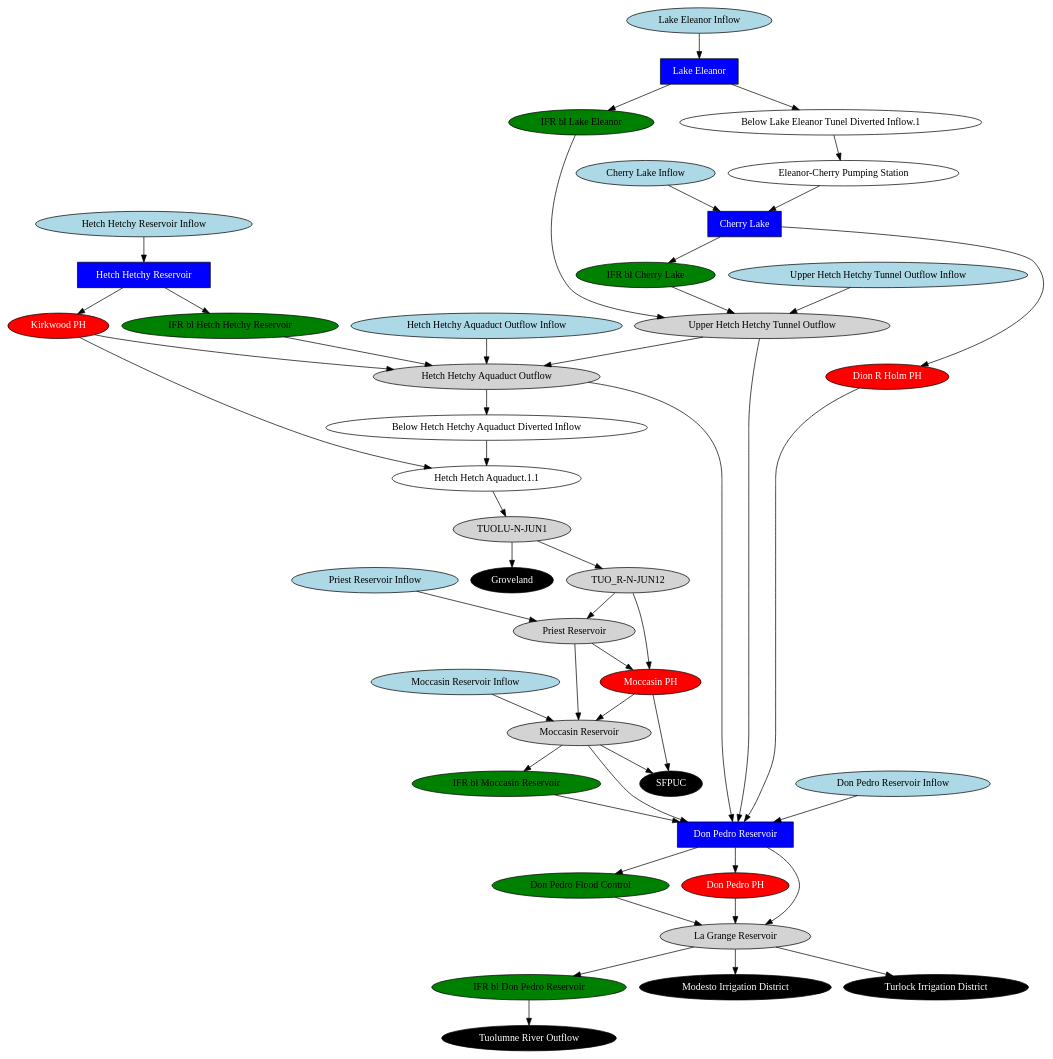
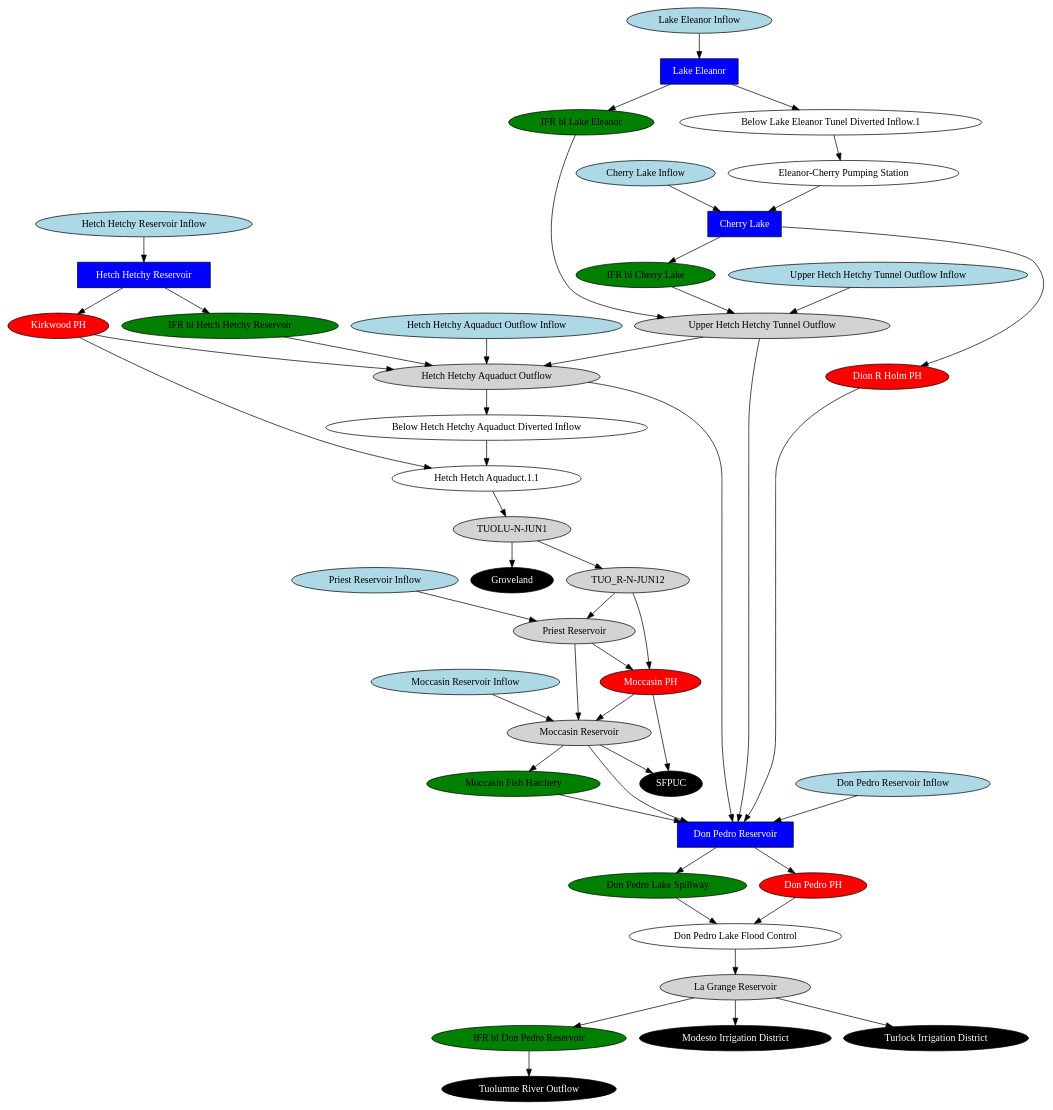
The diagram in dashapp/assets/schematics/tuolumne_schematic_simplified.gv (vicelab/cen-sierra-pywr), drawn with Graphviz before and after one commit. The commit also changed 7 other files, not shown here.

Commit message:
add preliminary Don Pedro flood control

```diff
--- a/dashapp/assets/schematics/tuolumne_schematic_simplified.gv
+++ b/dashapp/assets/schematics/tuolumne_schematic_simplified.gv
@@ -1,90 +1,91 @@
 // tuolumne
 digraph tuolumne {
 	"Don Pedro Reservoir Inflow" [fillcolor=lightblue fontcolor=black shape=oval style=filled]
 	"Upper Hetch Hetchy Tunnel Outflow Inflow" [fillcolor=lightblue fontcolor=black shape=oval style=filled]
 	"Cherry Lake Inflow" [fillcolor=lightblue fontcolor=black shape=oval style=filled]
 	"Lake Eleanor Inflow" [fillcolor=lightblue fontcolor=black shape=oval style=filled]
 	"Hetch Hetchy Reservoir Inflow" [fillcolor=lightblue fontcolor=black shape=oval style=filled]
 	"Moccasin Reservoir Inflow" [fillcolor=lightblue fontcolor=black shape=oval style=filled]
 	"Priest Reservoir Inflow" [fillcolor=lightblue fontcolor=black shape=oval style=filled]
 	"Hetch Hetchy Aquaduct Outflow Inflow" [fillcolor=lightblue fontcolor=black shape=oval style=filled]
 	"Below Hetch Hetchy Aquaduct Diverted Inflow" [fillcolor=white fontcolor=black shape=oval style=filled]
 	"Below Lake Eleanor Tunel Diverted Inflow.1" [fillcolor=white fontcolor=black shape=oval style=filled]
+	"Don Pedro Lake Flood Control" [fillcolor=white fontcolor=black shape=oval style=filled]
 	"Hetch Hetch Aquaduct.1.1" [fillcolor=white fontcolor=black shape=oval style=filled]
 	"Cherry Lake" [fillcolor=blue fontcolor=white shape=rect style=filled]
 	"Dion R Holm PH" [fillcolor=red fontcolor=white shape=oval style=filled]
-	"Don Pedro Flood Control" [fillcolor=green fontcolor=black shape=oval style=filled]
+	"Don Pedro Lake Spillway" [fillcolor=green fontcolor=black shape=oval style=filled]
 	"Don Pedro PH" [fillcolor=red fontcolor=white shape=oval style=filled]
 	"Don Pedro Reservoir" [fillcolor=blue fontcolor=white shape=rect style=filled]
 	"Eleanor-Cherry Pumping Station" [fillcolor=white fontcolor=black shape=oval style=filled]
 	Groveland [fillcolor=black fontcolor=white shape=oval style=filled]
 	"Hetch Hetchy Aquaduct Outflow" [fillcolor=lightgrey fontcolor=black shape=oval style=filled]
 	"Hetch Hetchy Reservoir" [fillcolor=blue fontcolor=white shape=rect style=filled]
 	"IFR bl Cherry Lake" [fillcolor=green fontcolor=black shape=oval style=filled]
 	"IFR bl Don Pedro Reservoir" [fillcolor=green fontcolor=black shape=oval style=filled]
 	"IFR bl Hetch Hetchy Reservoir" [fillcolor=green fontcolor=black shape=oval style=filled]
 	"IFR bl Lake Eleanor" [fillcolor=green fontcolor=black shape=oval style=filled]
-	"IFR bl Moccasin Reservoir" [fillcolor=green fontcolor=black shape=oval style=filled]
+	"Moccasin Fish Hatchery" [fillcolor=green fontcolor=black shape=oval style=filled]
 	"Kirkwood PH" [fillcolor=red fontcolor=white shape=oval style=filled]
 	"La Grange Reservoir" [fillcolor=lightgrey fontcolor=black shape=oval style=filled]
 	"Lake Eleanor" [fillcolor=blue fontcolor=white shape=rect style=filled]
 	"Moccasin PH" [fillcolor=red fontcolor=white shape=oval style=filled]
 	"Moccasin Reservoir" [fillcolor=lightgrey fontcolor=black shape=oval style=filled]
 	"Modesto Irrigation District" [fillcolor=black fontcolor=white shape=oval style=filled]
 	"Priest Reservoir" [fillcolor=lightgrey fontcolor=black shape=oval style=filled]
 	SFPUC [fillcolor=black fontcolor=white shape=oval style=filled]
 	"TUOLU-N-JUN1" [fillcolor=lightgrey fontcolor=black shape=oval style=filled]
 	"Tuolumne River Outflow" [fillcolor=black fontcolor=white shape=oval style=filled]
 	"TUO_R-N-JUN12" [fillcolor=lightgrey fontcolor=black shape=oval style=filled]
 	"Turlock Irrigation District" [fillcolor=black fontcolor=white shape=oval style=filled]
 	"Upper Hetch Hetchy Tunnel Outflow" [fillcolor=lightgrey fontcolor=black shape=oval style=filled]
 	"Hetch Hetchy Aquaduct Outflow" -> "Below Hetch Hetchy Aquaduct Diverted Inflow"
 	"Lake Eleanor" -> "Below Lake Eleanor Tunel Diverted Inflow.1"
 	"Below Lake Eleanor Tunel Diverted Inflow.1" -> "Eleanor-Cherry Pumping Station"
 	"Hetch Hetch Aquaduct.1.1" -> "TUOLU-N-JUN1"
 	"Cherry Lake" -> "IFR bl Cherry Lake"
 	"Cherry Lake" -> "Dion R Holm PH"
 	"Hetch Hetchy Reservoir" -> "IFR bl Hetch Hetchy Reservoir"
 	"Lake Eleanor" -> "IFR bl Lake Eleanor"
 	"Eleanor-Cherry Pumping Station" -> "Cherry Lake"
 	"Hetch Hetchy Reservoir" -> "Kirkwood PH"
 	"TUOLU-N-JUN1" -> Groveland
 	"TUOLU-N-JUN1" -> "TUO_R-N-JUN12"
 	"TUO_R-N-JUN12" -> "Priest Reservoir"
 	"Kirkwood PH" -> "Hetch Hetchy Aquaduct Outflow"
-	"Moccasin Reservoir" -> "IFR bl Moccasin Reservoir"
+	"Moccasin Reservoir" -> "Moccasin Fish Hatchery"
 	"La Grange Reservoir" -> "IFR bl Don Pedro Reservoir"
-	"Don Pedro Reservoir" -> "Don Pedro Flood Control"
+	"Don Pedro Reservoir" -> "Don Pedro Lake Spillway"
 	"Don Pedro Reservoir" -> "Don Pedro PH"
+	"Don Pedro Lake Flood Control" -> "La Grange Reservoir"
 	"Moccasin PH" -> "Moccasin Reservoir"
-	"Don Pedro Flood Control" -> "La Grange Reservoir"
-	"Don Pedro PH" -> "La Grange Reservoir"
-	"Don Pedro Reservoir" -> "La Grange Reservoir"
+	"Don Pedro Lake Spillway" -> "Don Pedro Lake Flood Control"
+	"Don Pedro PH" -> "Don Pedro Lake Flood Control"
 	"Don Pedro Reservoir Inflow" -> "Don Pedro Reservoir"
 	"Upper Hetch Hetchy Tunnel Outflow Inflow" -> "Upper Hetch Hetchy Tunnel Outflow"
 	"Cherry Lake Inflow" -> "Cherry Lake"
 	"Lake Eleanor Inflow" -> "Lake Eleanor"
 	"Hetch Hetchy Reservoir Inflow" -> "Hetch Hetchy Reservoir"
 	"Moccasin Reservoir Inflow" -> "Moccasin Reservoir"
 	"Priest Reservoir" -> "Moccasin Reservoir"
 	"Priest Reservoir Inflow" -> "Priest Reservoir"
 	"Moccasin Reservoir" -> SFPUC
 	"Moccasin PH" -> SFPUC
 	"TUO_R-N-JUN12" -> "Moccasin PH"
 	"Priest Reservoir" -> "Moccasin PH"
 	"Below Hetch Hetchy Aquaduct Diverted Inflow" -> "Hetch Hetch Aquaduct.1.1"
 	"Kirkwood PH" -> "Hetch Hetch Aquaduct.1.1"
 	"Hetch Hetchy Aquaduct Outflow Inflow" -> "Hetch Hetchy Aquaduct Outflow"
 	"IFR bl Hetch Hetchy Reservoir" -> "Hetch Hetchy Aquaduct Outflow"
 	"IFR bl Cherry Lake" -> "Upper Hetch Hetchy Tunnel Outflow"
 	"IFR bl Lake Eleanor" -> "Upper Hetch Hetchy Tunnel Outflow"
 	"Upper Hetch Hetchy Tunnel Outflow" -> "Hetch Hetchy Aquaduct Outflow"
 	"La Grange Reservoir" -> "Modesto Irrigation District"
 	"La Grange Reservoir" -> "Turlock Irrigation District"
 	"IFR bl Don Pedro Reservoir" -> "Tuolumne River Outflow"
 	"Moccasin Reservoir" -> "Don Pedro Reservoir"
-	"IFR bl Moccasin Reservoir" -> "Don Pedro Reservoir"
+	"Moccasin Fish Hatchery" -> "Don Pedro Reservoir"
 	"Hetch Hetchy Aquaduct Outflow" -> "Don Pedro Reservoir"
 	"Dion R Holm PH" -> "Don Pedro Reservoir"
 	"Upper Hetch Hetchy Tunnel Outflow" -> "Don Pedro Reservoir"
 }
```
